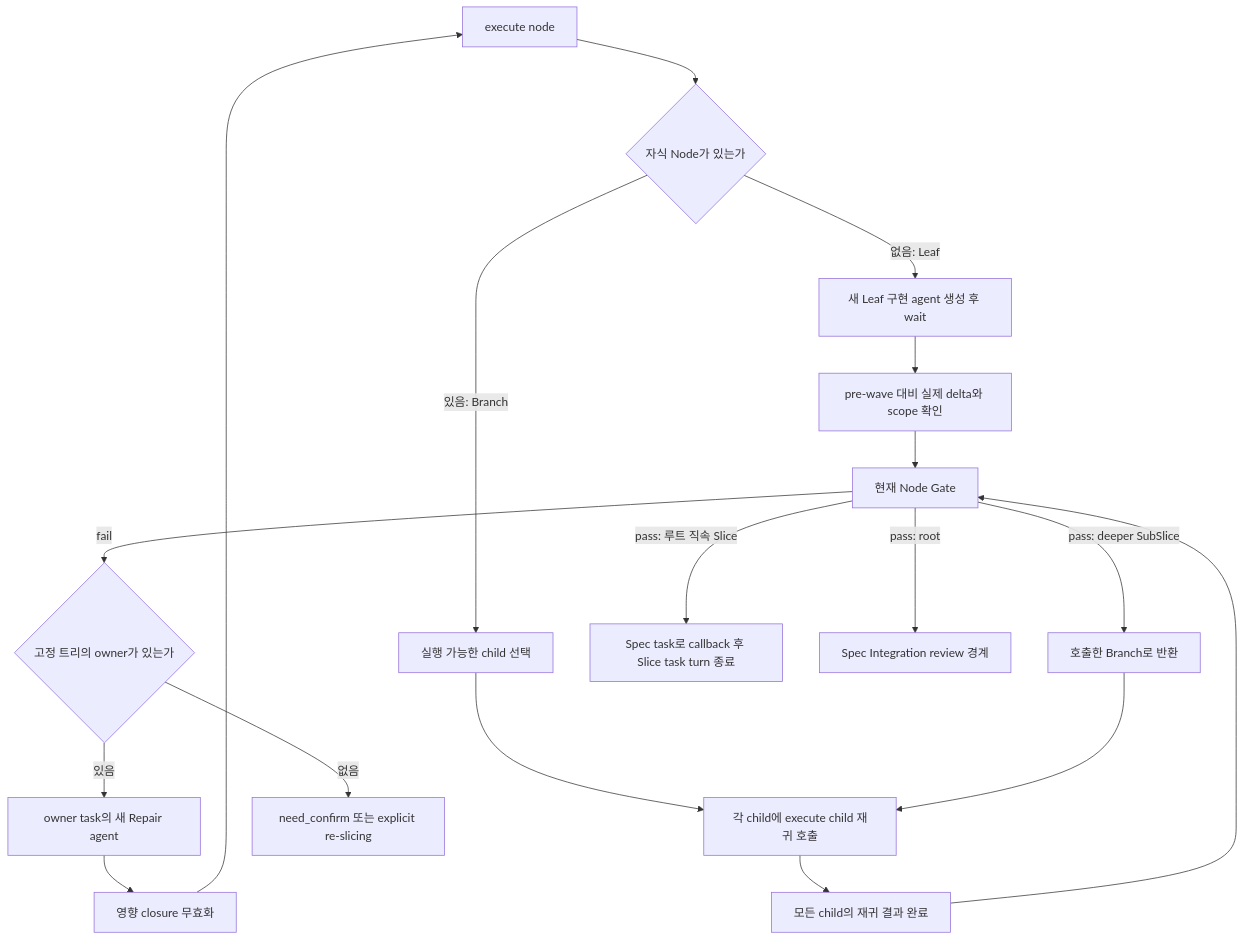
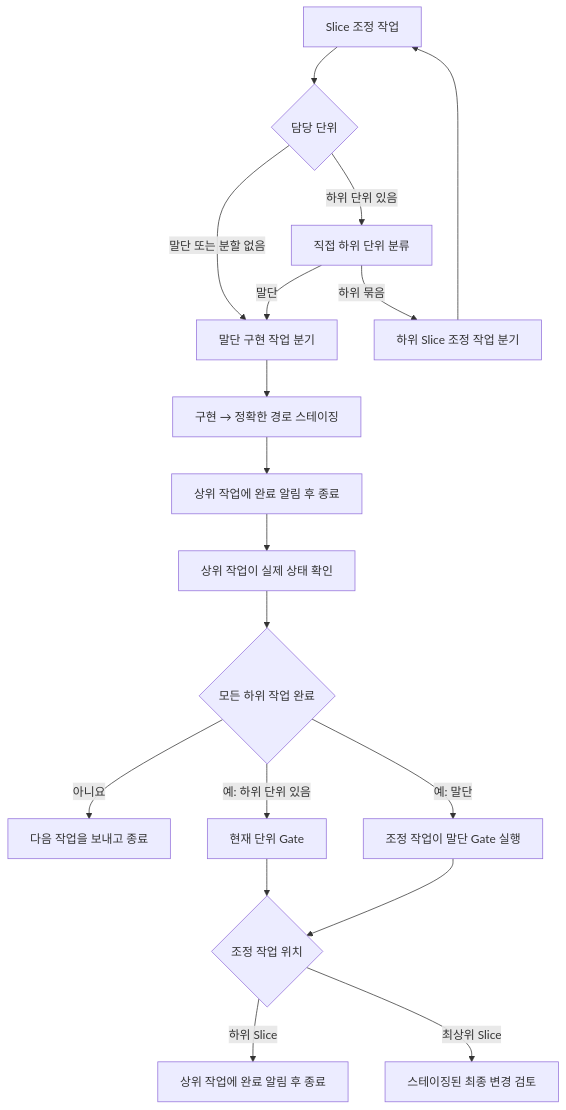
Before and after one commit to semisemil/codex-proofline: the second of 3 diagrams in docs/start-implementation-execution-skeleton.md, drawn with Mermaid. The commit also changed other lines of this file and 65 other files, not shown here.

````diff
--- a/docs/start-implementation-execution-skeleton.md
+++ b/docs/start-implementation-execution-skeleton.md
@@ -35,23 +50,20 @@
 ```mermaid
 flowchart TD
-    E[execute node] --> C{자식 Node가 있는가}
-    C -->|없음: Leaf| L[새 Leaf 구현 agent 생성 후 wait]
-    L --> D[pre-wave 대비 실제 delta와 scope 확인]
-    D --> G[현재 Node Gate]
-
-    C -->|있음: Branch| Q[실행 가능한 child 선택]
-    Q --> X[각 child에 execute child 재귀 호출]
-    X --> Y[모든 child의 재귀 결과 완료]
-    Y --> G
-
-    G -->|fail| O{고정 트리의 owner가 있는가}
-    O -->|있음| P[owner task의 새 Repair agent]
-    P --> V[영향 closure 무효화]
-    V --> E
-    O -->|없음| N[need_confirm 또는 explicit re-slicing]
-
-    G -->|pass: deeper SubSlice| U[호출한 Branch로 반환]
-    U --> X
-    G -->|pass: 루트 직속 Slice| K[Spec task로 callback 후 Slice task turn 종료]
-    G -->|pass: root| F[Spec Integration review 경계]
+    C[Slice 조정 작업] --> T{담당 단위}
+    T -->|말단 또는 분할 없음| L[말단 구현 작업 분기]
+    T -->|하위 단위 있음| D[직접 하위 단위 분류]
+    D -->|말단| L
+    D -->|하위 묶음| U[하위 Slice 조정 작업 분기]
+    L --> I[구현 → 정확한 경로 스테이징]
+    I --> K[상위 작업에 완료 알림 후 종료]
+    U --> C
+    K --> A[상위 작업이 실제 상태 확인]
+    A --> B{모든 하위 작업 완료}
+    B -->|아니요| E[다음 작업을 보내고 종료]
+    B -->|예: 하위 단위 있음| G[현재 단위 Gate]
+    B -->|예: 말단| J[조정 작업이 말단 Gate 실행]
+    G --> R{조정 작업 위치}
+    J --> R
+    R -->|하위 Slice| P[상위 작업에 완료 알림 후 종료]
+    R -->|최상위 Slice| V[스테이징된 최종 변경 검토]
 ```
````
